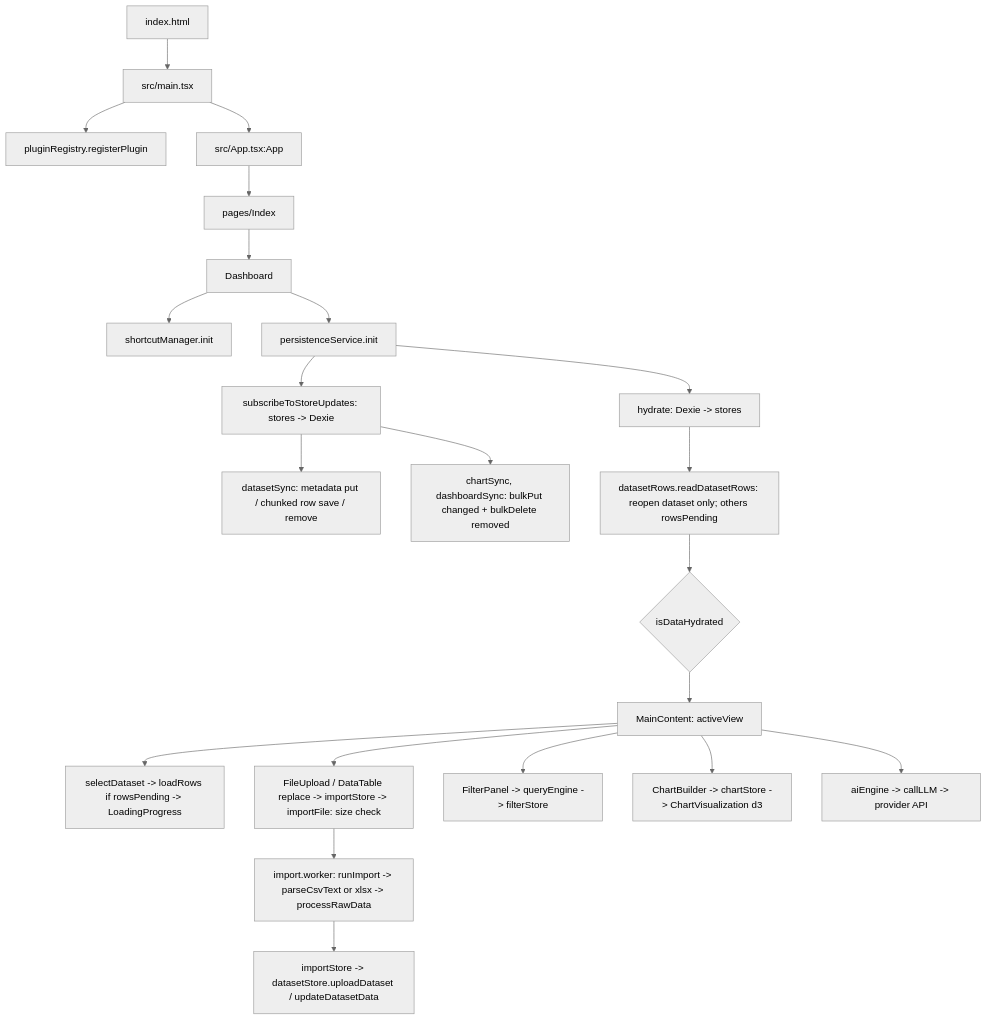
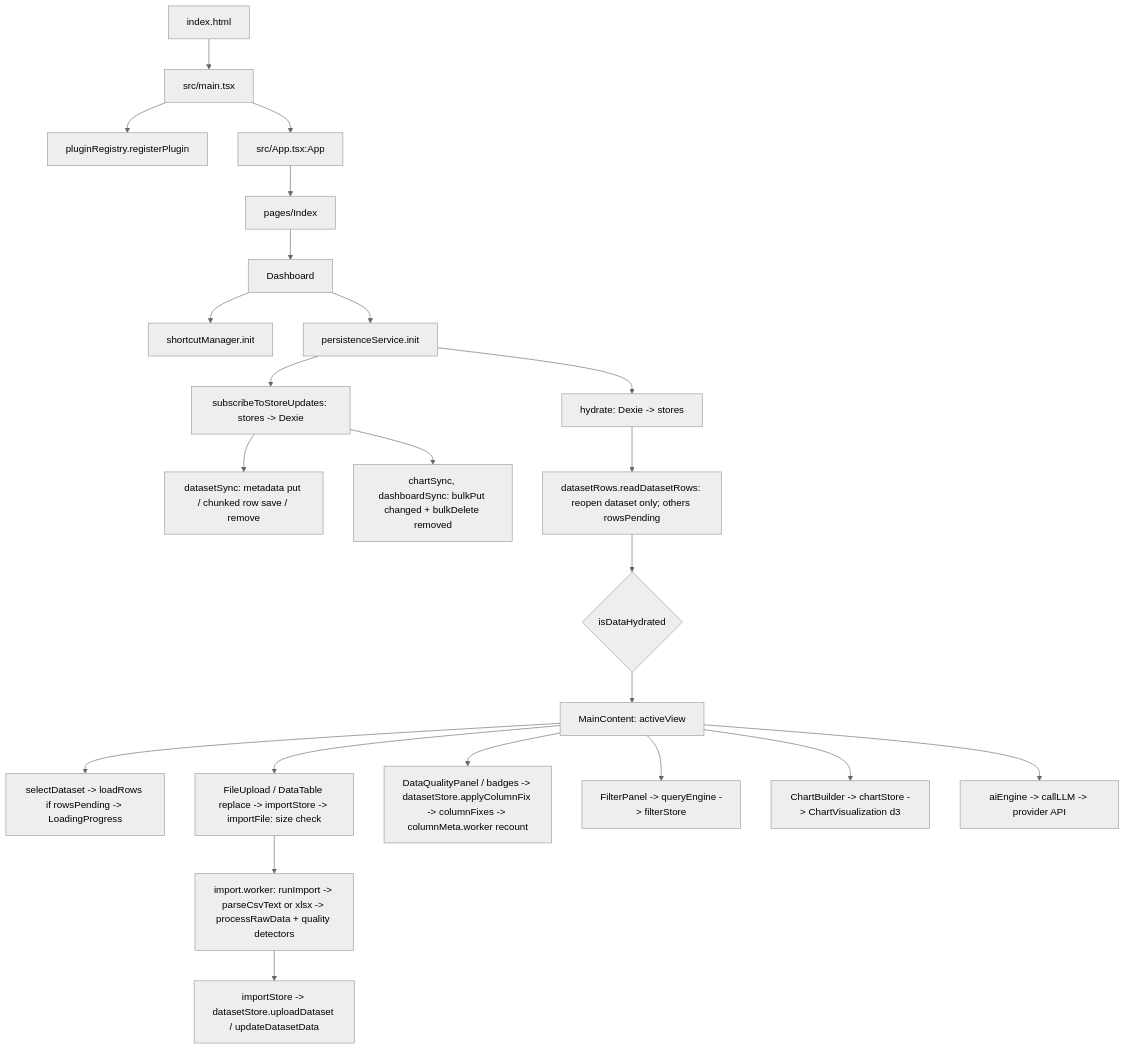
The diagram in flow.md (vardaanbazaz/datavista), drawn with Mermaid (neutral theme) before and after one commit. The commit also changed other lines of this file and 59 other files, not shown here.

````diff
--- a/flow.md
+++ b/flow.md
@@ -51,23 +56,24 @@
 ```mermaid
 flowchart TD
   HTML[index.html] --> Main[src/main.tsx]
   Main --> Plugins[pluginRegistry.registerPlugin]
   Main --> App[src/App.tsx:App]
   App --> Index[pages/Index] --> Dash[Dashboard]
   Dash --> Shortcuts[shortcutManager.init]
   Dash --> Persist[persistenceService.init]
   Persist --> Hydrate[hydrate: Dexie -> stores]
   Persist --> Sub[subscribeToStoreUpdates: stores -> Dexie]
   Sub --> DSync[datasetSync: metadata put / chunked row save / remove]
   Sub --> RSync[chartSync, dashboardSync: bulkPut changed + bulkDelete removed]
   Hydrate --> Rows[datasetRows.readDatasetRows: reopen dataset only; others rowsPending]
   Rows --> Ready{isDataHydrated}
   Content --> Select[selectDataset -> loadRows if rowsPending -> LoadingProgress]
   Ready --> Content[MainContent: activeView]
   Content --> Upload[FileUpload / DataTable replace -> importStore -> importFile: size check]
-  Upload --> Worker[import.worker: runImport -> parseCsvText or xlsx -> processRawData]
+  Upload --> Worker[import.worker: runImport -> parseCsvText or xlsx -> processRawData + quality detectors]
+  Content --> Quality[DataQualityPanel / badges -> datasetStore.applyColumnFix -> columnFixes -> columnMeta.worker recount]
   Worker --> Save[importStore -> datasetStore.uploadDataset / updateDatasetData]
   Content --> Filter[FilterPanel -> queryEngine -> filterStore]
   Content --> Charts[ChartBuilder -> chartStore -> ChartVisualization d3]
   Content --> AI[aiEngine -> callLLM -> provider API]
 ```
````
